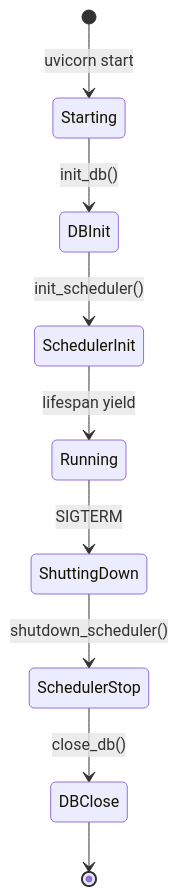
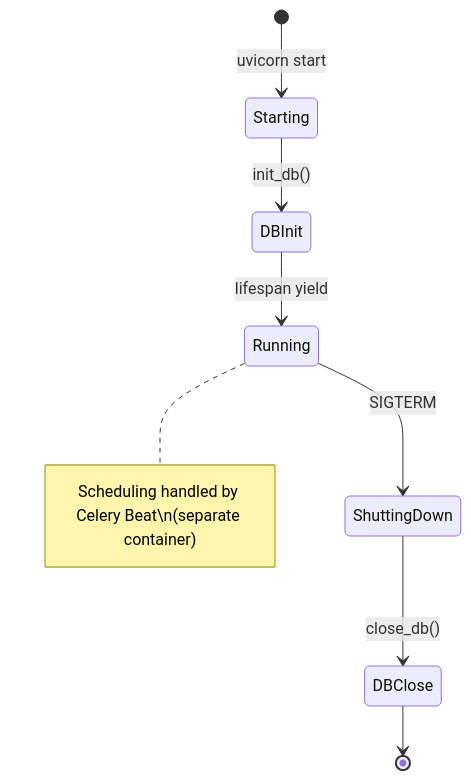
One commit to TheDataMaestros/datametronome changed the ninth of 9 diagrams in docs/architecture.md. Above: the diagram before and after it, drawn with Mermaid. The commit also changed other lines of this file, not shown here.

Commit message:
docs: update architecture.md with worker architecture, remove APScheduler references

````diff
--- a/docs/architecture.md
+++ b/docs/architecture.md
@@ -574,11 +647,11 @@
 ```mermaid
 stateDiagram-v2
     [*] --> Starting: uvicorn start
     Starting --> DBInit: init_db()
-    DBInit --> SchedulerInit: init_scheduler()
-    SchedulerInit --> Running: lifespan yield
+    DBInit --> Running: lifespan yield
     Running --> ShuttingDown: SIGTERM
-    ShuttingDown --> SchedulerStop: shutdown_scheduler()
-    SchedulerStop --> DBClose: close_db()
+    ShuttingDown --> DBClose: close_db()
     DBClose --> [*]
+
+    note right of Running: Scheduling handled by Celery Beat\n(separate container)
 ```
````
